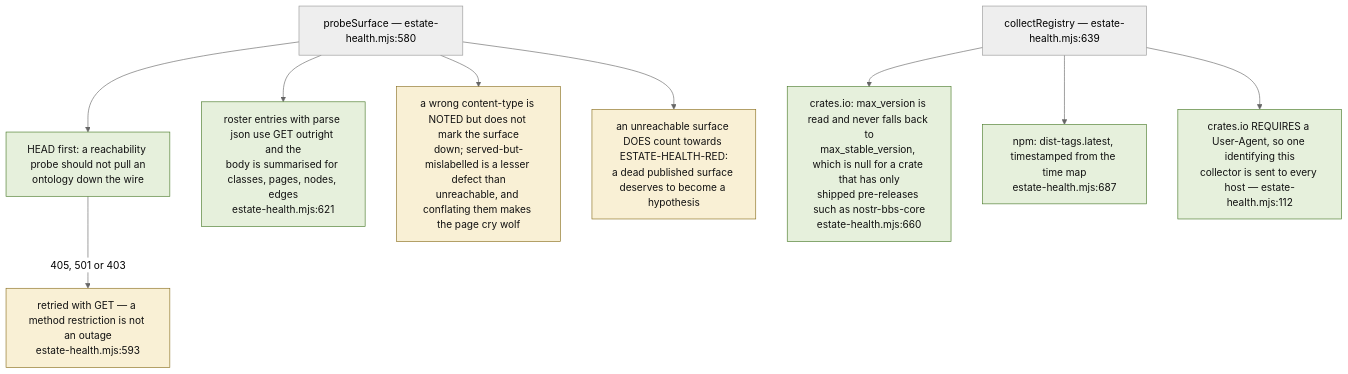
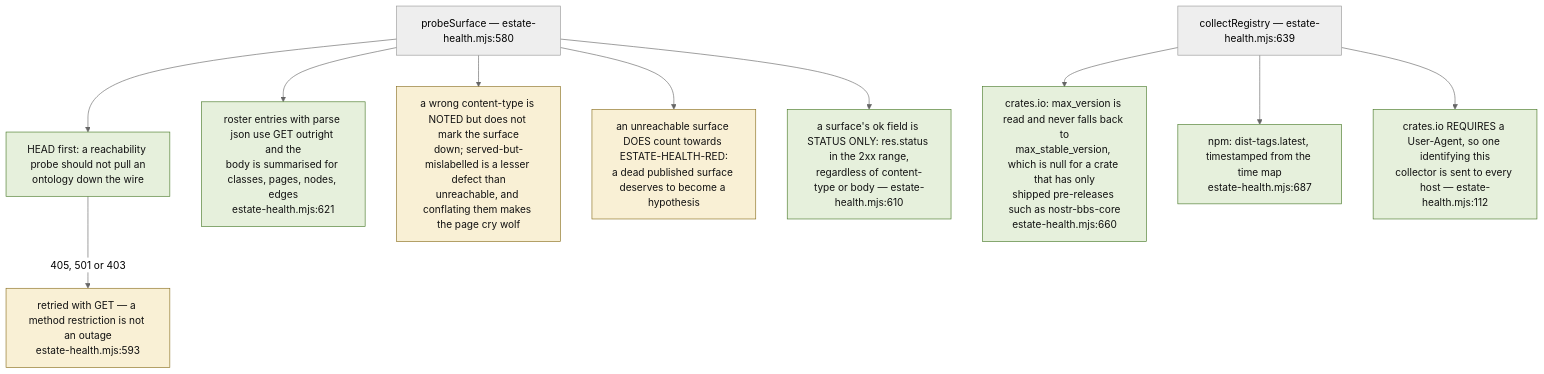
Before and after one commit to DreamLab-AI/VisionFlow: the seventh of 9 diagrams in docs/diagrams/visionflow/03-estate-health.md, drawn with Mermaid (neutral theme). The commit also changed other lines of this file and 136 other files, not shown here.

First line of the commit message:
docs(diagrams): refresh the whole corpus to code HEAD and prune low-value diagrams

````diff
--- a/docs/diagrams/visionflow/03-estate-health.md
+++ b/docs/diagrams/visionflow/03-estate-health.md
@@ -248,17 +202,20 @@
 ```mermaid
 flowchart TB
     classDef ok fill:#e6f0dc,stroke:#4a7a2a,color:#111
     classDef warn fill:#f9f0d5,stroke:#8a7020,color:#111
 
     S["probeSurface — estate-health.mjs:580"]
     S --> H["HEAD first: a reachability probe should not pull an<br/>ontology down the wire"]:::ok
     H -->|"405, 501 or 403"| G["retried with GET — a method restriction is not an outage<br/>estate-health.mjs:593"]:::warn
     S --> J["roster entries with parse json use GET outright and the<br/>body is summarised for classes, pages, nodes, edges<br/>estate-health.mjs:621"]:::ok
     S --> CT["a wrong content-type is NOTED but does not mark the surface<br/>down; served-but-mislabelled is a lesser defect than<br/>unreachable, and conflating them makes the page cry wolf"]:::warn
     S --> DOWN["an unreachable surface DOES count towards ESTATE-HEALTH-RED:<br/>a dead published surface deserves to become a hypothesis"]:::warn
 
     R["collectRegistry — estate-health.mjs:639"]
     R --> CR["crates.io: max_version is read and never falls back to<br/>max_stable_version, which is null for a crate that has only<br/>shipped pre-releases such as nostr-bbs-core<br/>estate-health.mjs:660"]:::ok
     R --> NP["npm: dist-tags.latest, timestamped from the time map<br/>estate-health.mjs:687"]:::ok
     R --> UA["crates.io REQUIRES a User-Agent, so one identifying this<br/>collector is sent to every host — estate-health.mjs:112"]:::ok
+
+    OKDEF["a surface's ok field is STATUS ONLY: res.status in the 2xx range,<br/>regardless of content-type or body — estate-health.mjs:610"]:::ok
+    S --> OKDEF
 ```
````
